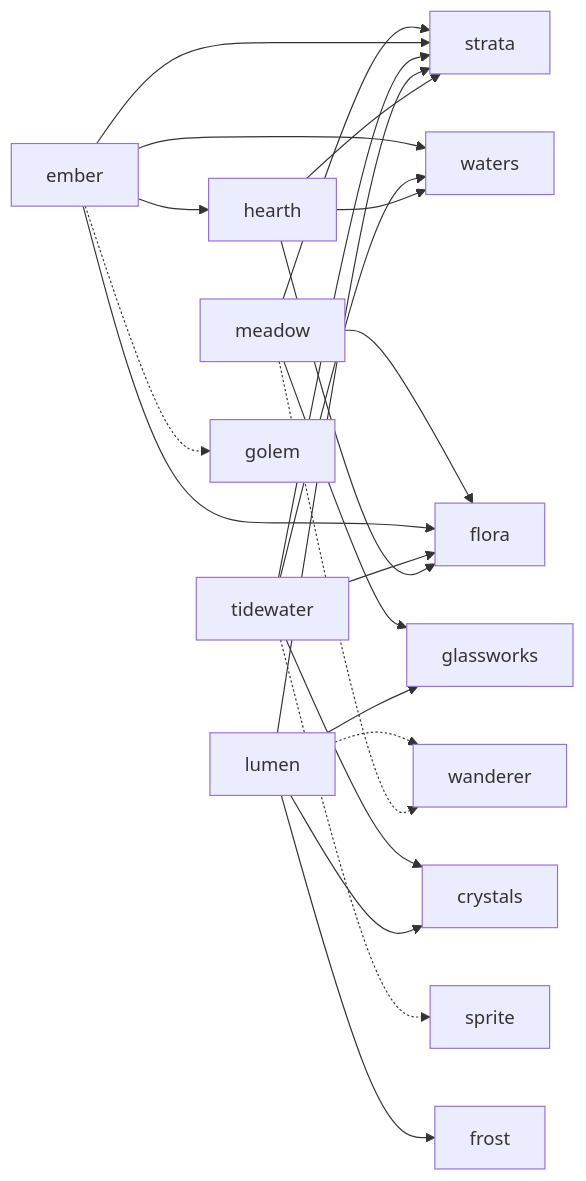
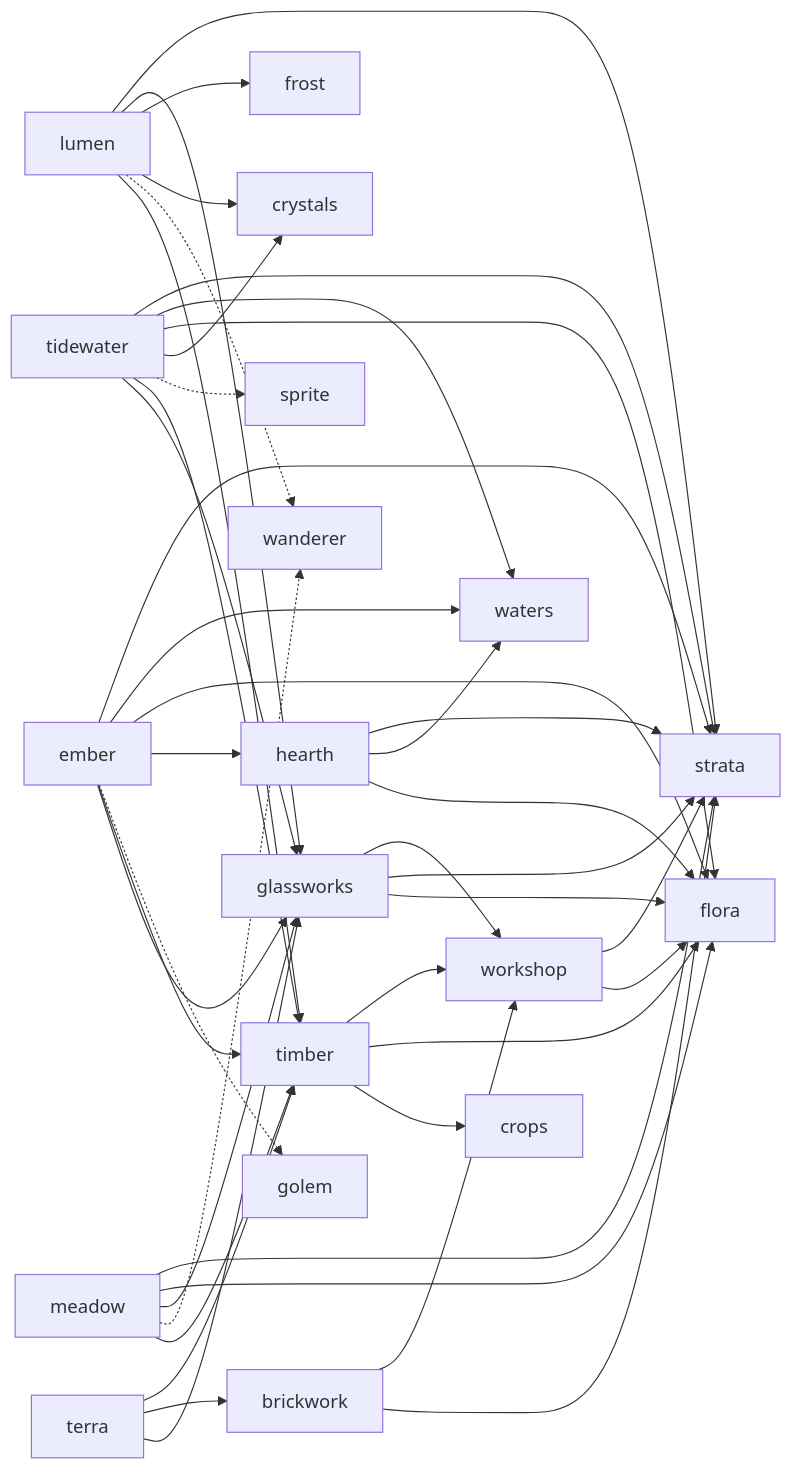
The diagram in docs/demo-games.md (mkappworks-dev/tesserae), drawn with Mermaid before and after one commit. The commit also changed other lines of this file and 416 other files, not shown here.

````diff
--- a/docs/demo-games.md
+++ b/docs/demo-games.md
@@ -77,25 +78,44 @@
 ```mermaid
 graph LR
   meadow --> strata
   meadow --> flora
   meadow --> glassworks
   ember --> strata
   ember --> waters
   ember --> flora
   ember --> hearth
   tidewater --> strata
   tidewater --> waters
   tidewater --> flora
   tidewater --> crystals
   lumen --> strata
   lumen --> glassworks
   lumen --> frost
   lumen --> crystals
   lumen -.-> wanderer
   meadow -.-> wanderer
   ember -.-> golem
   tidewater -.-> sprite
   hearth --> strata
   hearth --> waters
   hearth --> flora
+  terra --> timber
+  terra --> brickwork
+  terra --> glassworks
+  meadow --> timber
+  ember --> timber
+  ember --> glassworks
+  tidewater --> timber
+  tidewater --> glassworks
+  lumen --> timber
+  timber --> workshop
+  timber --> flora
+  timber --> crops
+  brickwork --> workshop
+  brickwork --> strata
+  glassworks --> workshop
+  glassworks --> strata
+  glassworks --> flora
+  workshop --> strata
+  workshop --> flora
 ```
````
